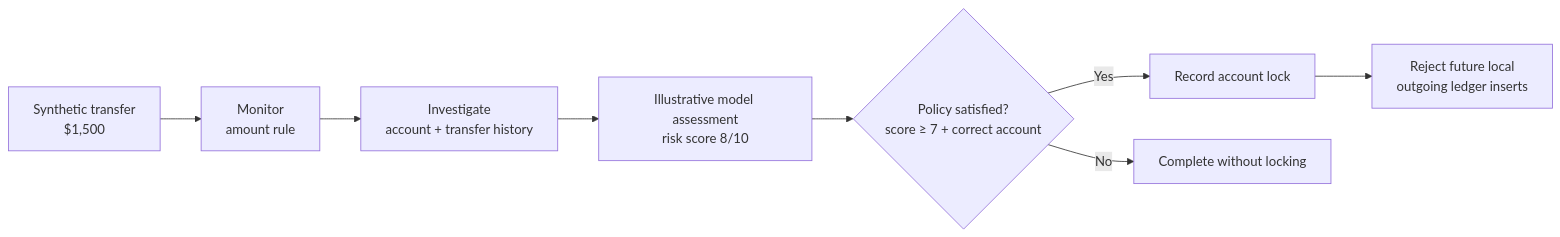
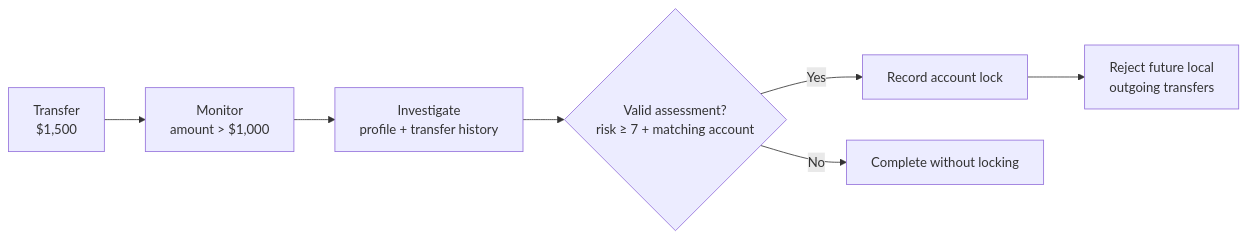
The first of 5 diagrams in README.md (dgexplores/vigil), drawn with Mermaid before and after one commit. The commit also changed other lines of this file, not shown here.

````diff
--- a/README.md
+++ b/README.md
@@ -35,10 +53,9 @@
 ```mermaid
 flowchart LR
-    T["Synthetic transfer<br/>$1,500"] --> M["Monitor<br/>amount rule"]
-    M --> I["Investigate<br/>account + transfer history"]
-    I --> R["Illustrative model assessment<br/>risk score 8/10"]
-    R --> P{"Policy satisfied?<br/>score ≥ 7 + correct account"}
+    T["Transfer<br/>$1,500"] --> M["Monitor<br/>amount > $1,000"]
+    M --> I["Investigate<br/>profile + transfer history"]
+    I --> P{"Valid assessment?<br/>risk ≥ 7 + matching account"}
     P -- Yes --> L["Record account lock"]
     P -- No --> N["Complete without locking"]
-    L --> B["Reject future local<br/>outgoing ledger inserts"]
+    L --> B["Reject future local<br/>outgoing transfers"]
 ```
````
